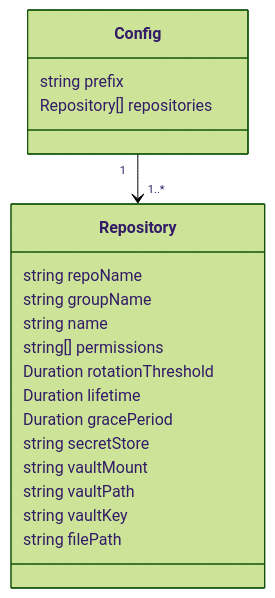
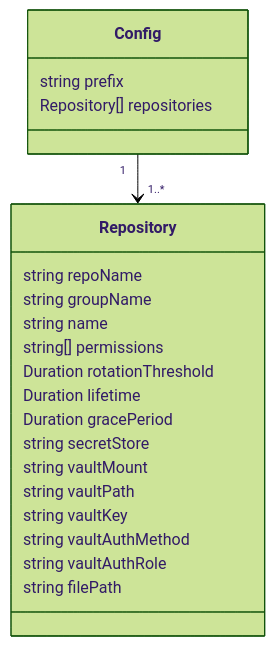
Before and after one commit to Nabsku/token-tumbler: the fourth of 4 diagrams in README.md, drawn with Mermaid (forest theme). The commit also changed other lines of this file, not shown here.

Commit message:
Update README with Vault auth alternatives and file store docs

````diff
--- a/README.md
+++ b/README.md
@@ -137,24 +152,26 @@
 ```mermaid
 classDiagram
     class Config {
         string prefix
         Repository[] repositories
     }
 
     class Repository {
         string repoName
         string groupName
         string name
         string[] permissions
         Duration rotationThreshold
         Duration lifetime
         Duration gracePeriod
         string secretStore
         string vaultMount
         string vaultPath
         string vaultKey
+        string vaultAuthMethod
+        string vaultAuthRole
         string filePath
     }
 
     Config "1" --> "1..*" Repository
 ```
````
